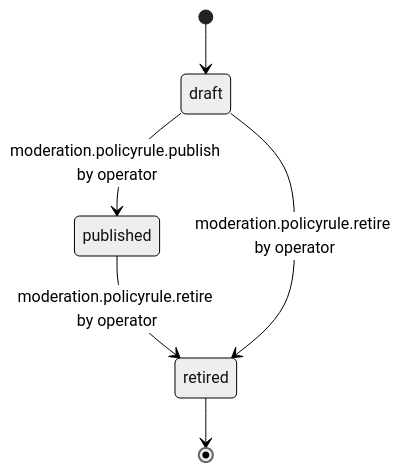
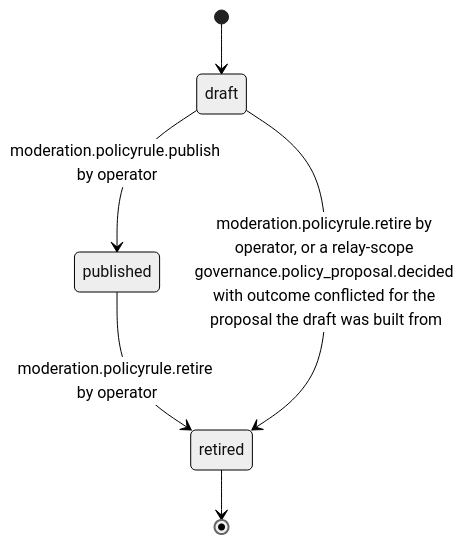
Before and after one commit to djshellshoxxx/CLASSifiedisRUPTed: the first of 2 diagrams in 12_Moderation/02_policy/mod_abuse/workflow_state_machine.md, drawn with Mermaid (neutral theme). The commit also changed other lines of this file and 192 other files, not shown here.

````diff
--- a/12_Moderation/02_policy/mod_abuse/workflow_state_machine.md
+++ b/12_Moderation/02_policy/mod_abuse/workflow_state_machine.md
@@ -26,8 +27,8 @@
 ```mermaid
 stateDiagram-v2
   [*] --> draft
   draft --> published: moderation.policyrule.publish by operator
   published --> retired: moderation.policyrule.retire by operator
-  draft --> retired: moderation.policyrule.retire by operator
+  draft --> retired: moderation.policyrule.retire by operator, or a relay-scope governance.policy_proposal.decided with outcome conflicted for the proposal the draft was built from
   retired --> [*]
 ```
````
